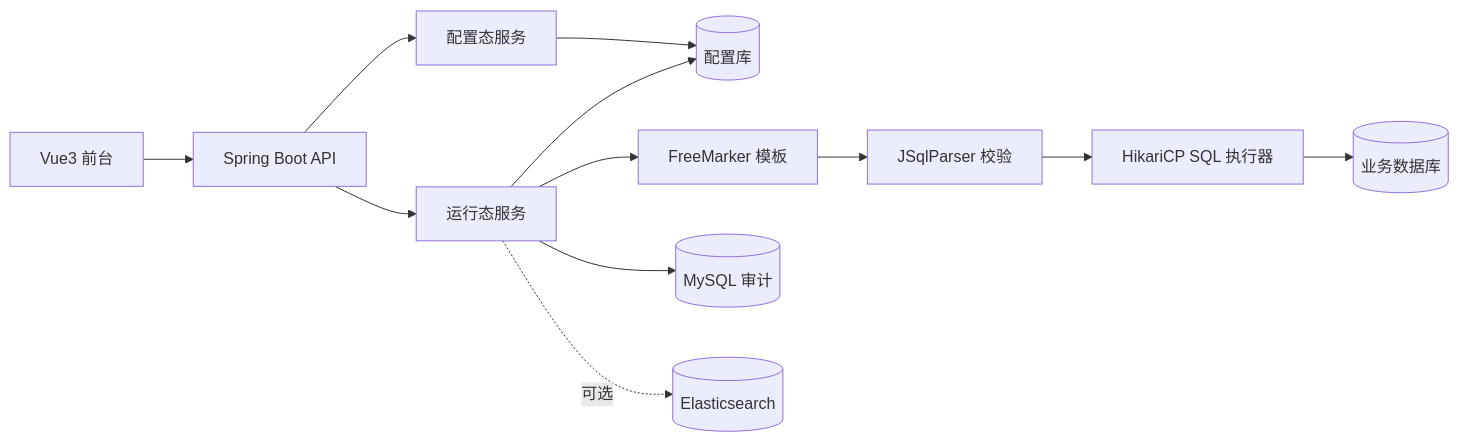
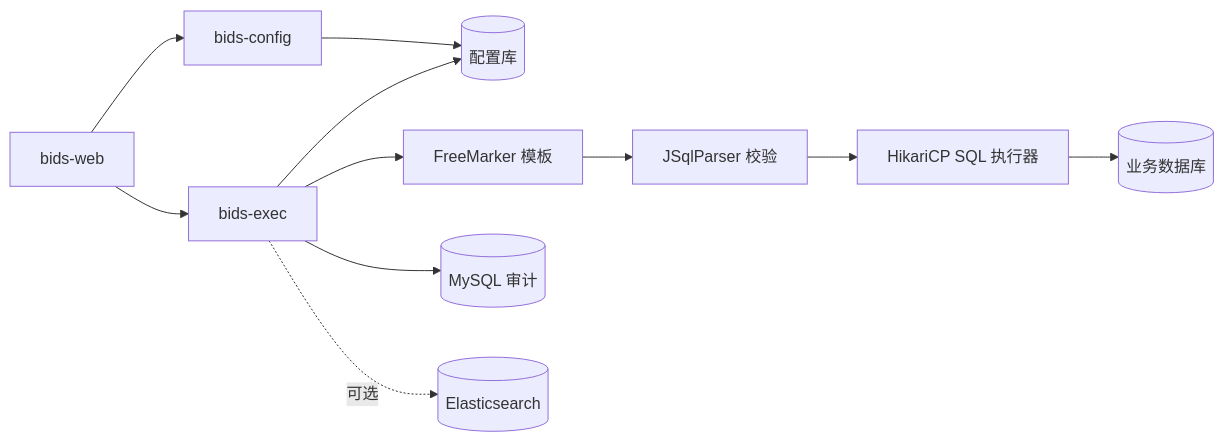
The first of 3 diagrams in doc/bids-service-design.md (Yeswater/bids), drawn with Mermaid before and after one commit. The commit also changed other lines of this file and 183 other files, not shown here.

````diff
--- a/doc/bids-service-design.md
+++ b/doc/bids-service-design.md
@@ -21,14 +21,13 @@
 ```mermaid
 flowchart LR
-  FE[Vue3 前台] --> API[Spring Boot API]
-  API --> CFG[配置态服务]
-  API --> RT[运行态服务]
+  FE[bids-web] --> CFG[bids-config]
+  FE --> RT[bids-exec]
   CFG --> CDB[(配置库)]
   RT --> CDB
   RT --> TPL[FreeMarker 模板]
   TPL --> PARSE[JSqlParser 校验]
   PARSE --> EXEC[HikariCP SQL 执行器]
   EXEC --> BDB[(业务数据库)]
   RT --> AUDIT[(MySQL 审计)]
   RT -.可选.-> ES[(Elasticsearch)]
 ```
````
